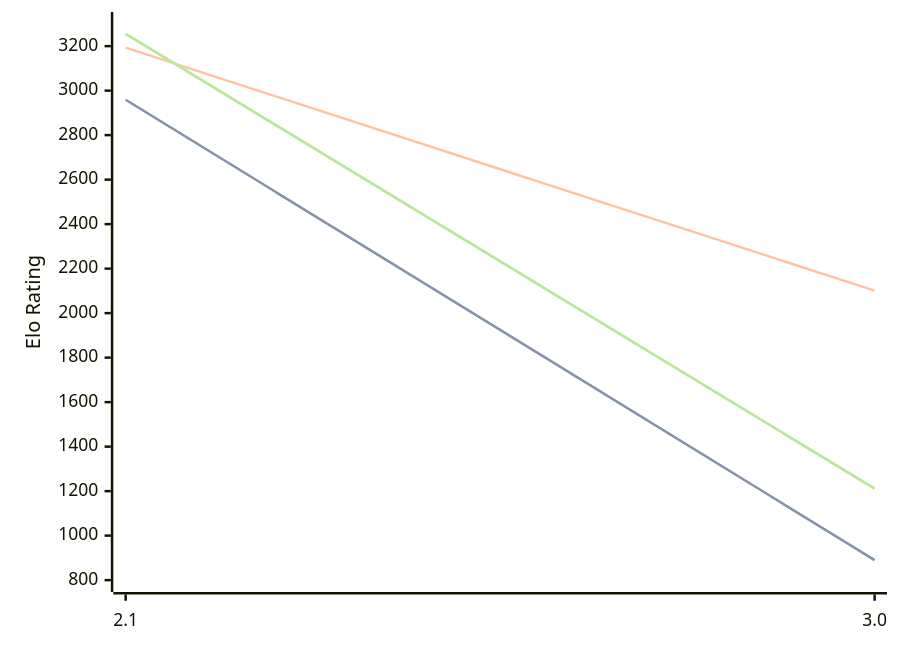
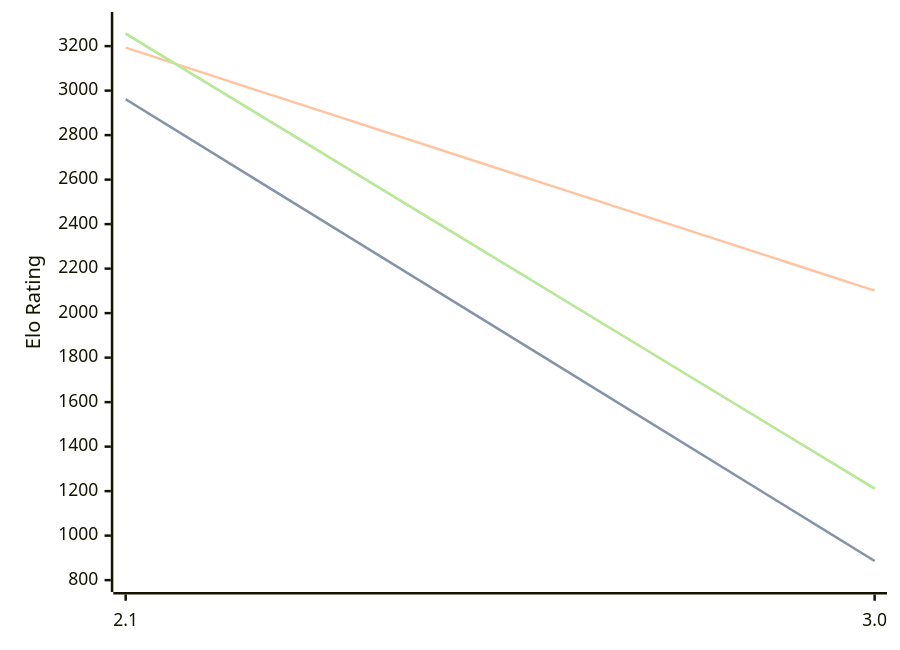
Before and after one commit to computer-chess-index/cci: the diagram in engines/Quirky.md, drawn with Mermaid. The commit also changed other lines of this file, not shown here.

Commit message:
Update CCI Ratings (ELO VLTC) - 2026-09-13

````diff
--- a/engines/Quirky.md
+++ b/engines/Quirky.md
@@ -32,11 +32,11 @@
 ```mermaid
 %%{init: {"theme":"base","themeVariables":{"seriesColors:['#a3a3a3','#222221','#faa371']}}}%%
 xychart-beta
   x-axis ["2.1", "3.0"]
   y-axis "Elo Rating" 800 --> 3300
-  line "" [2959, 890]
-  line "STC (8.0+0.08s)" [2959, 890]
+  line "" [2961, 886]
+  line "STC (8.0+0.08s)" [2961, 886]
   line "LTC (60.0+0.60s)" [3193, 2101]
-  line "" [3255, 1211]
-  line "VLTC (2m24s+1.12s)" [3255, 1211]
+  line "" [3256, 1211]
+  line "VLTC (2m24s+1.12s)" [3256, 1211]
 ```
````
